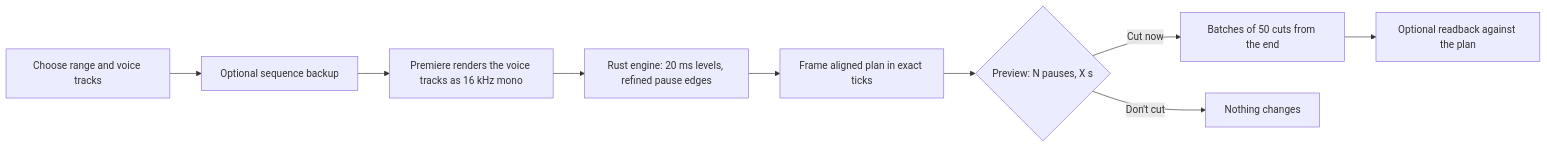
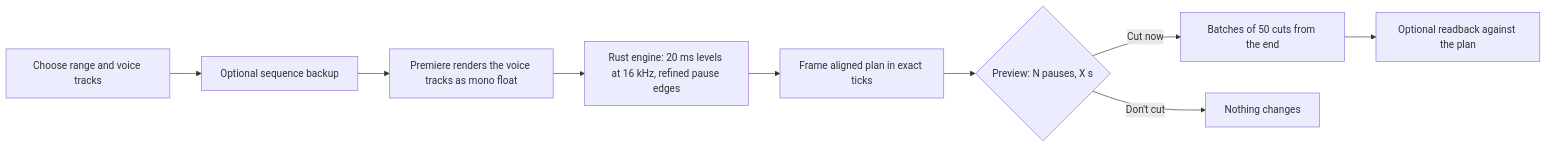
Before and after one commit to nicremo/open-silences: the diagram in README.md, drawn with Mermaid. The commit also changed 10 other files, not shown here.

First line of the commit message:
feat: analyse a float render at the sequence rate on a 16 kHz grid

````diff
--- a/README.md
+++ b/README.md
@@ -104,11 +104,11 @@
 ```mermaid
 flowchart LR
     A[Choose range and voice tracks] --> B[Optional sequence backup]
-    B --> C[Premiere renders the voice tracks as 16 kHz mono]
-    C --> D[Rust engine: 20 ms levels, refined pause edges]
+    B --> C[Premiere renders the voice tracks as mono float]
+    C --> D[Rust engine: 20 ms levels at 16 kHz, refined pause edges]
     D --> E[Frame aligned plan in exact ticks]
     E --> F{Preview: N pauses, X s}
     F -->|Cut now| G[Batches of 50 cuts from the end]
     G --> H[Optional readback against the plan]
     F -->|Don't cut| J[Nothing changes]
 ```
````
